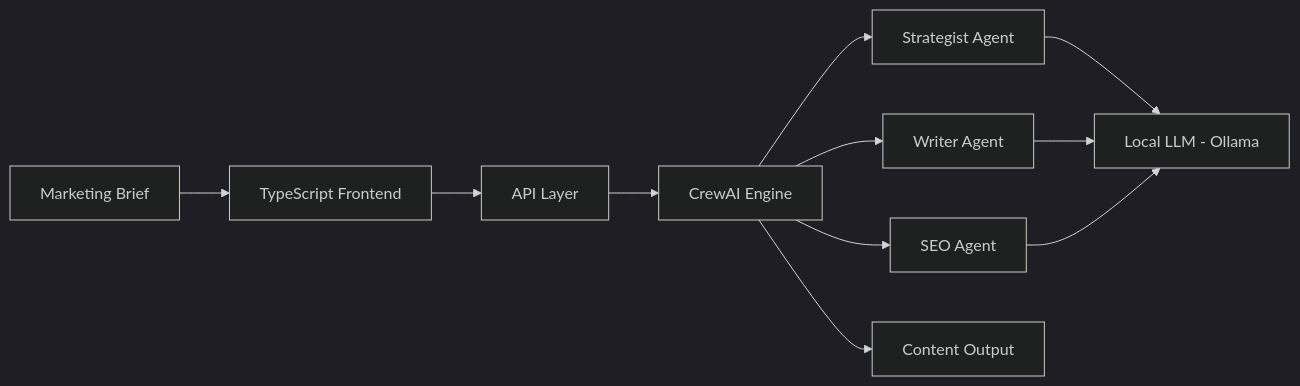
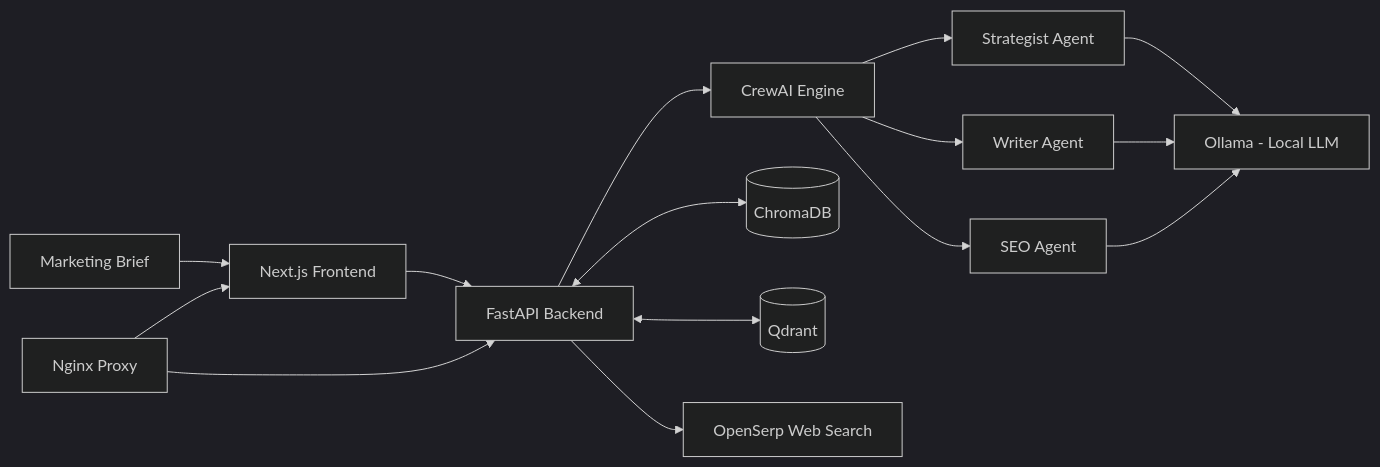
The fourth of 8 diagrams in README.md (dawarazhar11/dawarazhar11), drawn with Mermaid (dark theme) before and after one commit. The commit also changed other lines of this file, not shown here.

Commit message:
Full revamp: resume details, API dev emphasis, all projects with architecture diagrams, education

````diff
--- a/README.md
+++ b/README.md
@@ -176,11 +210,14 @@
 ```mermaid
 graph LR
-    A[Marketing Brief] --> B[TypeScript Frontend]
-    B --> C[API Layer]
+    A[Marketing Brief] --> B[Next.js Frontend]
+    B --> C[FastAPI Backend]
     C --> D[CrewAI Engine]
     D --> E[Strategist Agent]
     D --> F[Writer Agent]
     D --> G[SEO Agent]
-    E & F & G --> H[Local LLM - Ollama]
-    D --> I[Content Output]
+    E & F & G --> H[Ollama - Local LLM]
+    C <--> I[(ChromaDB)]
+    C <--> J[(Qdrant)]
+    C --> K[OpenSerp Web Search]
+    L[Nginx Proxy] --> B & C
 ```
````
